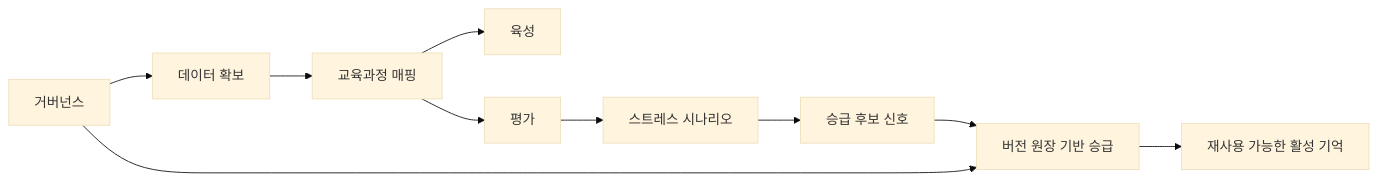
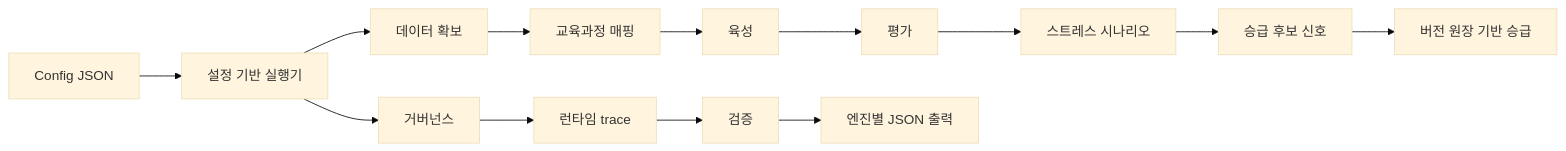
The diagram in README.ko.md (sinmb79/22b-paideia-engines), drawn with Mermaid (base theme) before and after one commit. The commit also changed other lines of this file and 15 other files, not shown here.

````diff
--- a/README.ko.md
+++ b/README.ko.md
@@ -21,12 +23,15 @@
 ```mermaid
 flowchart LR
-    Data["데이터 확보"] --> Curriculum["교육과정 매핑"]
+    Config["Config JSON"] --> Runner["설정 기반 실행기"]
+    Runner --> Data["데이터 확보"]
+    Data --> Curriculum["교육과정 매핑"]
     Curriculum --> Cultivation["육성"]
-    Curriculum --> Assessment["평가"]
+    Cultivation --> Assessment["평가"]
     Assessment --> Stress["스트레스 시나리오"]
     Stress --> Signal["승급 후보 신호"]
     Signal --> Promotion["버전 원장 기반 승급"]
-    Promotion --> Runtime["재사용 가능한 활성 기억"]
-    Governance["거버넌스"] --> Data
-    Governance --> Promotion
+    Runner --> Governance["거버넌스"]
+    Governance --> Runtime["런타임 trace"]
+    Runtime --> Verification["검증"]
+    Verification --> Outputs["엔진별 JSON 출력"]
 ```
````
